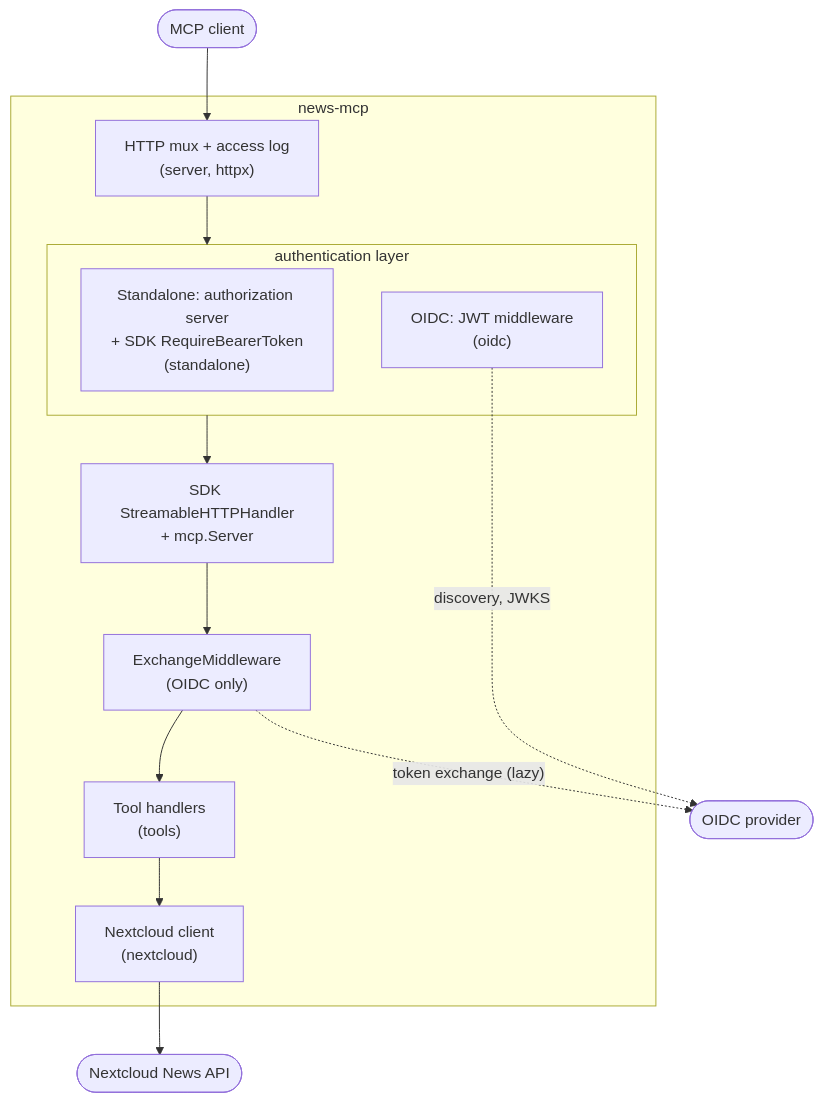
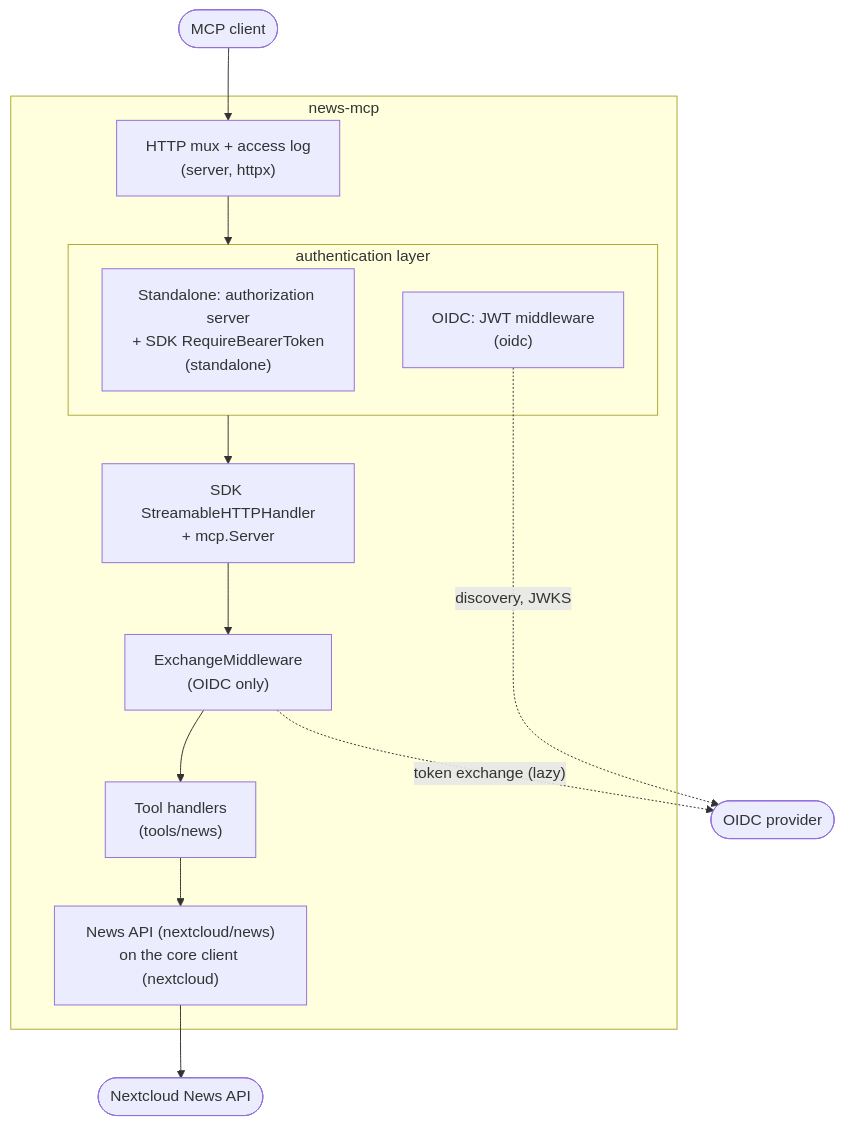
The first of 3 diagrams in docs/architecture.md (mrdev023/mcp-nextcloud), drawn with Mermaid before and after one commit. The commit also changed other lines of this file and 23 other files, not shown here.

First line of the commit message:
refactor: Split Nextcloud client and tools into core and News module

````diff
--- a/docs/architecture.md
+++ b/docs/architecture.md
@@ -26,21 +28,21 @@
 ```mermaid
 flowchart TB
     client([MCP client])
     subgraph news-mcp
         mux["HTTP mux + access log<br/>(server, httpx)"]
         subgraph auth [authentication layer]
             sa["Standalone: authorization server<br/>+ SDK RequireBearerToken<br/>(standalone)"]
             oi["OIDC: JWT middleware<br/>(oidc)"]
         end
         sdk["SDK StreamableHTTPHandler<br/>+ mcp.Server"]
         ex["ExchangeMiddleware<br/>(OIDC only)"]
-        tools["Tool handlers<br/>(tools)"]
-        nc["Nextcloud client<br/>(nextcloud)"]
+        tools["Tool handlers<br/>(tools/news)"]
+        nc["News API (nextcloud/news)<br/>on the core client (nextcloud)"]
     end
     idp([OIDC provider])
     nextcloud([Nextcloud News API])
 
     client --> mux --> auth --> sdk --> ex --> tools --> nc --> nextcloud
     oi -. "discovery, JWKS" .-> idp
     ex -. "token exchange (lazy)" .-> idp
 ```
````
